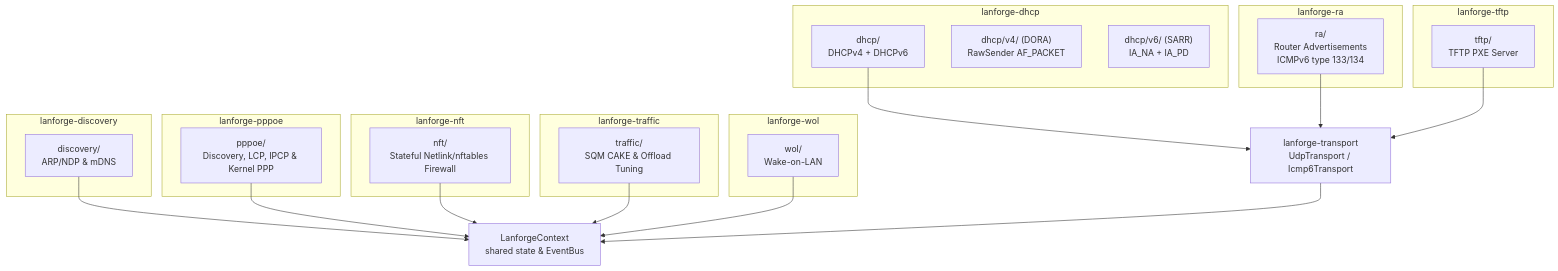
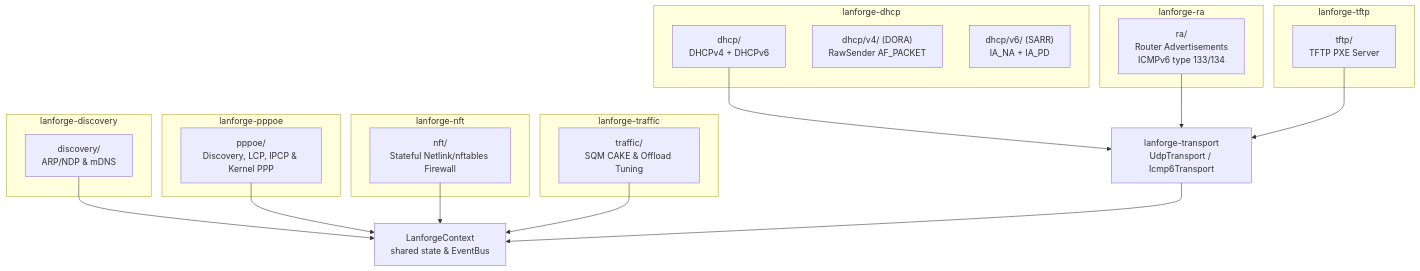
One commit to FerrahWolfeh/lanforge changed the first of 5 diagrams in docs/NETWORKING_ARCH.md. Above: the diagram before and after it, drawn with Mermaid. The commit also changed other lines of this file and 2 other files, not shown here.

First line of the commit message:
docs: drop the lanforge-wol crate and JSON-RPC from the architecture docs

````diff
--- a/docs/NETWORKING_ARCH.md
+++ b/docs/NETWORKING_ARCH.md
@@ -31,49 +30,44 @@
 ```mermaid
 graph TD
     CTX["LanforgeContext\nshared state & EventBus"]
     TRANS["lanforge-transport\nUdpTransport / Icmp6Transport"]
 
     subgraph "lanforge-dhcp"
         DHCP["dhcp/\nDHCPv4 + DHCPv6"]
         V4["dhcp/v4/ (DORA)\nRawSender AF_PACKET"]
         V6["dhcp/v6/ (SARR)\nIA_NA + IA_PD"]
     end
 
     subgraph "lanforge-ra"
         RA["ra/\nRouter Advertisements\nICMPv6 type 133/134"]
     end
 
     subgraph "lanforge-discovery"
         DISC["discovery/\nARP/NDP & mDNS"]
     end
 
     subgraph "lanforge-pppoe"
         PPPOE["pppoe/\nDiscovery, LCP, IPCP & Kernel PPP"]
     end
 
     subgraph "lanforge-nft"
         NFT["nft/\nStateful Netlink/nftables Firewall"]
     end
 
     subgraph "lanforge-traffic"
         TRAFFIC["traffic/\nSQM CAKE & Offload Tuning"]
     end
 
     subgraph "lanforge-tftp"
         TFTP["tftp/\nTFTP PXE Server"]
     end
 
-    subgraph "lanforge-wol"
-        WOL["wol/\nWake-on-LAN"]
-    end
-
     DHCP --> TRANS
     RA --> TRANS
     TFTP --> TRANS
     DISC --> CTX
     PPPOE --> CTX
     NFT --> CTX
     TRAFFIC --> CTX
-    WOL --> CTX
     TRANS --> CTX
 ```
````
